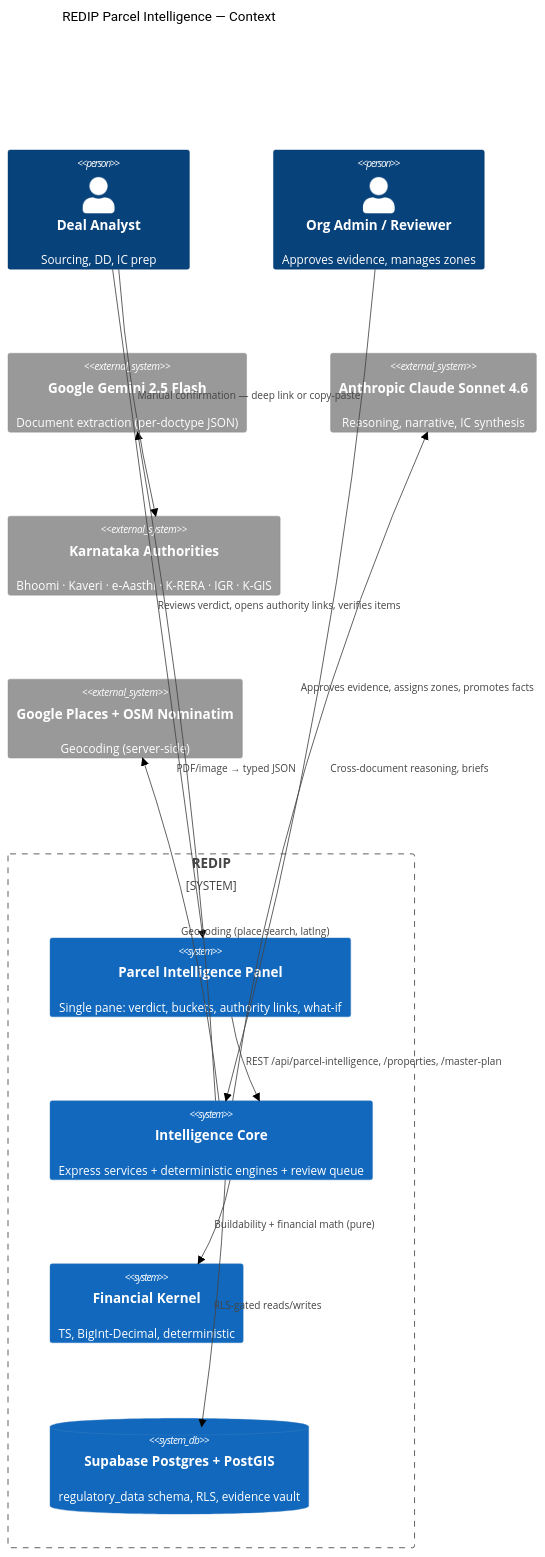
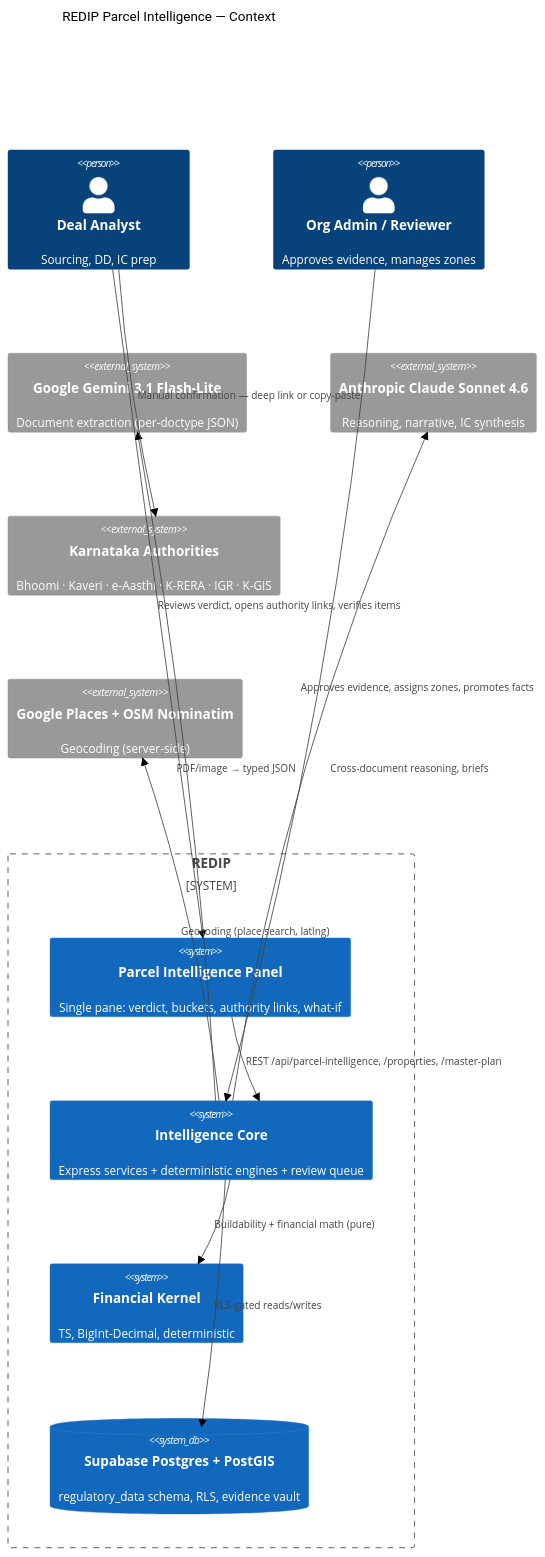
Before and after one commit to Rachit-Jain9/Acureal: the first of 4 diagrams in docs/PARCEL_INTELLIGENCE_DECK.md, drawn with Mermaid (forest theme). The commit also changed other lines of this file and 3 other files, not shown here.

````diff
--- a/docs/PARCEL_INTELLIGENCE_DECK.md
+++ b/docs/PARCEL_INTELLIGENCE_DECK.md
@@ -68,26 +68,26 @@
 ```mermaid
 C4Context
     title REDIP Parcel Intelligence — Context
     Person(analyst, "Deal Analyst", "Sourcing, DD, IC prep")
     Person(admin, "Org Admin / Reviewer", "Approves evidence, manages zones")
     System_Boundary(redip, "REDIP") {
       System(panel, "Parcel Intelligence Panel", "Single pane: verdict, buckets, authority links, what-if")
       System(intel, "Intelligence Core", "Express services + deterministic engines + review queue")
       System(kernel, "Financial Kernel", "TS, BigInt-Decimal, deterministic")
       SystemDb(db, "Supabase Postgres + PostGIS", "regulatory_data schema, RLS, evidence vault")
     }
-    System_Ext(gemini, "Google Gemini 2.5 Flash", "Document extraction (per-doctype JSON)")
+    System_Ext(gemini, "Google Gemini 3.1 Flash-Lite", "Document extraction (per-doctype JSON)")
     System_Ext(claude, "Anthropic Claude Sonnet 4.6", "Reasoning, narrative, IC synthesis")
     System_Ext(authorities, "Karnataka Authorities", "Bhoomi · Kaveri · e-Aasthi · K-RERA · IGR · K-GIS")
     System_Ext(maps, "Google Places + OSM Nominatim", "Geocoding (server-side)")
 
     Rel(analyst, panel, "Reviews verdict, opens authority links, verifies items")
     Rel(admin, intel, "Approves evidence, assigns zones, promotes facts")
     Rel(panel, intel, "REST /api/parcel-intelligence, /properties, /master-plan")
     Rel(intel, db, "RLS-gated reads/writes")
     Rel(intel, kernel, "Buildability + financial math (pure)")
     Rel(intel, gemini, "PDF/image → typed JSON")
     Rel(intel, claude, "Cross-document reasoning, briefs")
     Rel(intel, maps, "Geocoding (place search, latlng)")
     Rel(analyst, authorities, "Manual confirmation — deep link or copy-paste")
 ```
````
